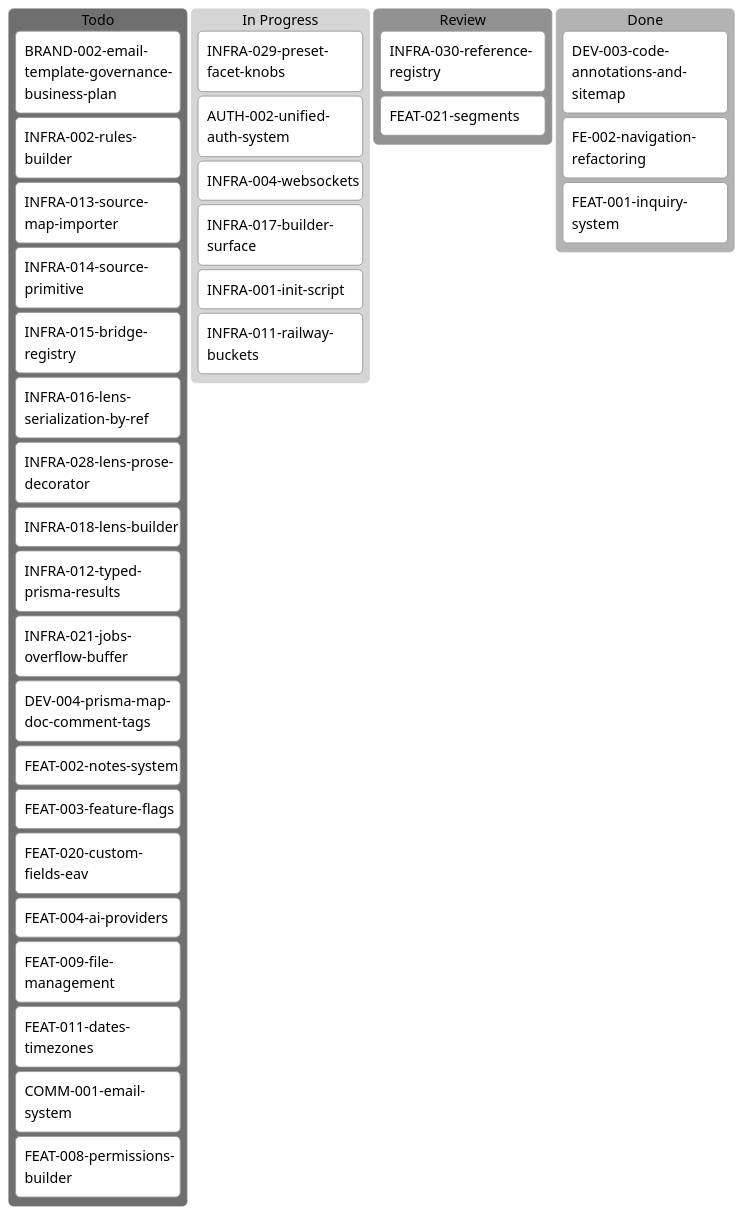
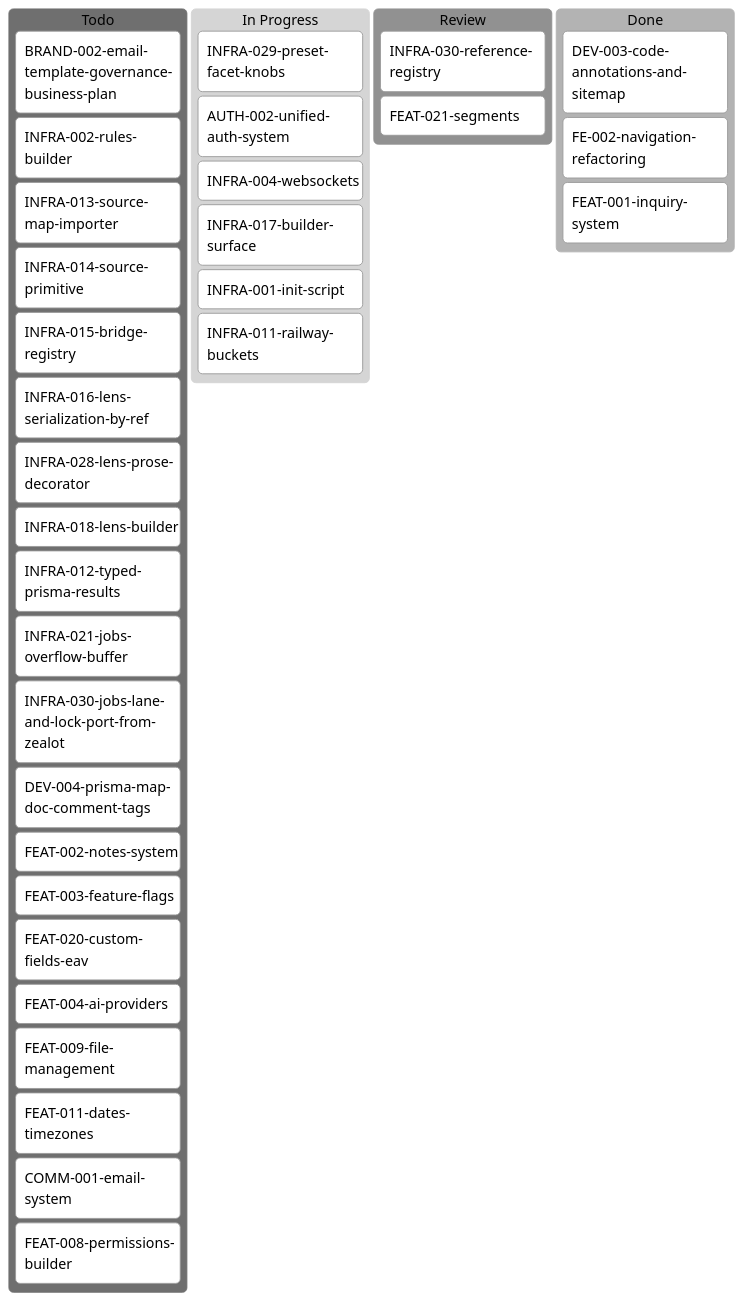
One commit to inixiative/template changed the diagram in tickets/kanban-aron.md. Above: the diagram before and after it, drawn with Mermaid (neutral theme). The commit also changed 2 other files, not shown here.

Commit message:
INFRA-030: port the Gate 5 lane, createLock hardening, and the row-state claim policy from Zealot once #2248 / #2271 land

````diff
--- a/tickets/kanban-aron.md
+++ b/tickets/kanban-aron.md
@@ -3,42 +3,43 @@
 ```mermaid
 ---
 config:
   kanban:
     ticketBaseUrl: 'https://github.com/yourorg/template/blob/main/tickets/#TICKET#'
 ---
 kanban
   Todo
     BRAND-002-email-template-governance-business-plan
     INFRA-002-rules-builder
     INFRA-013-source-map-importer
     INFRA-014-source-primitive
     INFRA-015-bridge-registry
     INFRA-016-lens-serialization-by-ref
     INFRA-028-lens-prose-decorator
     INFRA-018-lens-builder
     INFRA-012-typed-prisma-results
     INFRA-021-jobs-overflow-buffer
+    INFRA-030-jobs-lane-and-lock-port-from-zealot
     DEV-004-prisma-map-doc-comment-tags
     FEAT-002-notes-system
     FEAT-003-feature-flags
     FEAT-020-custom-fields-eav
     FEAT-004-ai-providers
     FEAT-009-file-management
     FEAT-011-dates-timezones
     COMM-001-email-system
     FEAT-008-permissions-builder
   In Progress
     INFRA-029-preset-facet-knobs
     AUTH-002-unified-auth-system
     INFRA-004-websockets
     INFRA-017-builder-surface
     INFRA-001-init-script
     INFRA-011-railway-buckets
   Review
     INFRA-030-reference-registry
     FEAT-021-segments
   Done
     DEV-003-code-annotations-and-sitemap
     FE-002-navigation-refactoring
     FEAT-001-inquiry-system
 ```
````
